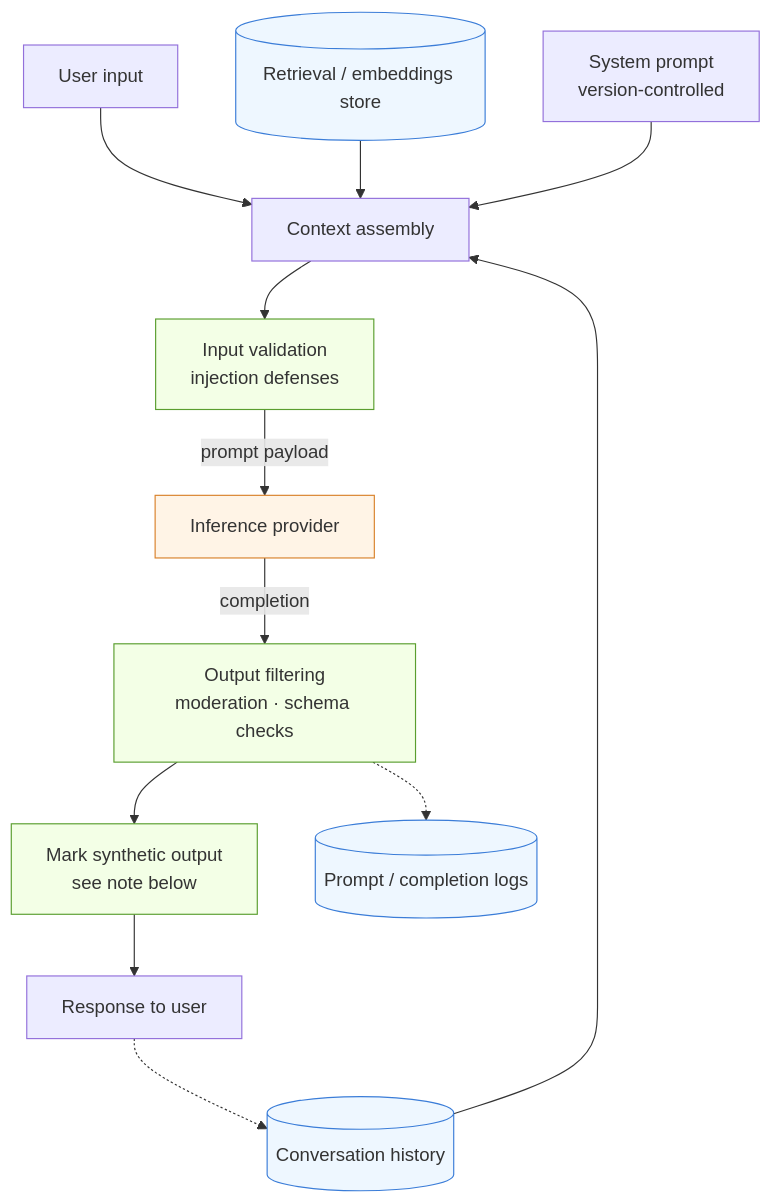
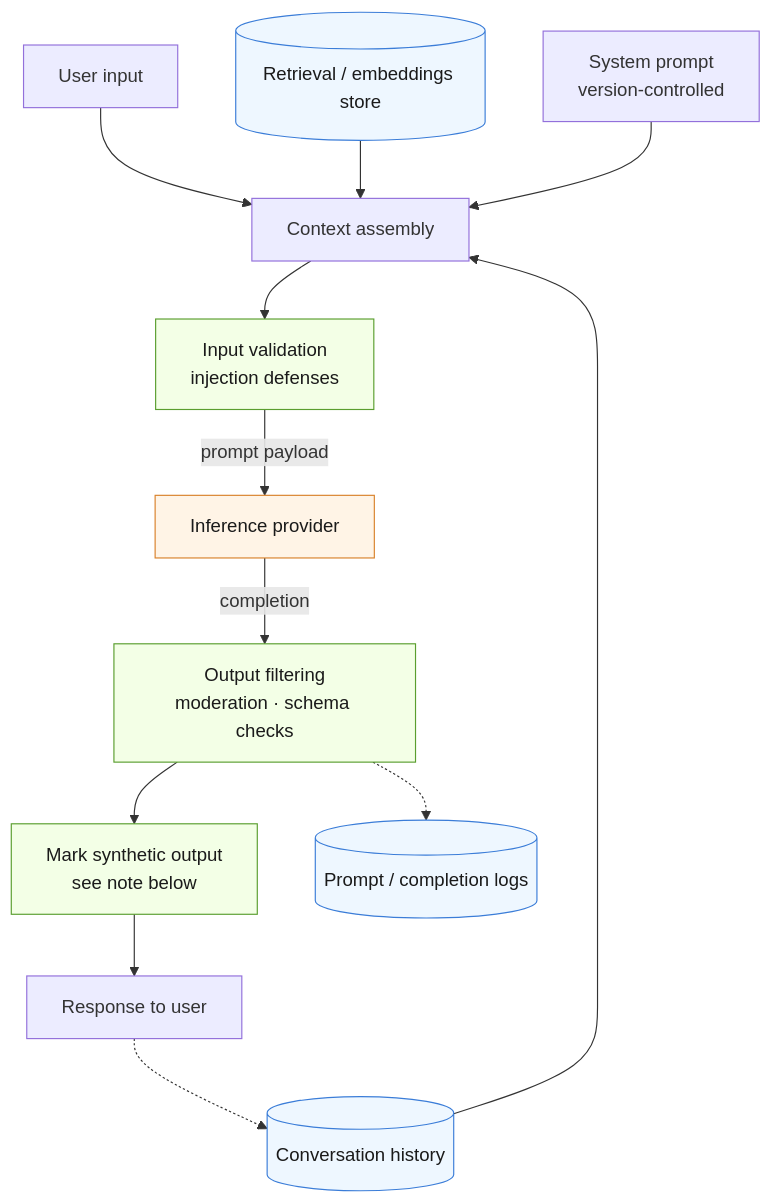
One commit to ann-ette/soc2-starter-kit changed the fourth of 8 diagrams in templates/ARCHITECTURE-MAP.md. Above: the diagram before and after it, drawn with Mermaid. The commit also changed other lines of this file and 14 other files, not shown here.

````diff
--- a/templates/ARCHITECTURE-MAP.md
+++ b/templates/ARCHITECTURE-MAP.md
@@ -178,23 +178,23 @@
 ```mermaid
 flowchart TD
     REQ["User input"] --> ASM["Context assembly"]
     HIST[("Conversation history")] --> ASM
     RET[("Retrieval / embeddings store")] --> ASM
     SYS["System prompt<br/>version-controlled"] --> ASM
 
     ASM --> GUARD1["Input validation<br/>injection defenses"]
     GUARD1 -->|"prompt payload"| INF["Inference provider"]
     INF -->|"completion"| GUARD2["Output filtering<br/>moderation · schema checks"]
     GUARD2 --> MARK["Mark synthetic output<br/>see note below"]
     MARK --> OUT["Response to user"]
 
     GUARD2 -.-> LOG[("Prompt / completion logs")]
     OUT -.-> HIST
 
-    classDef ext fill:#fff4e6,stroke:#d9822b
-    classDef store fill:#eef7ff,stroke:#3b7dd8
-    classDef guard fill:#f3ffe6,stroke:#5a9e2f
+    classDef ext fill:#fff4e6,stroke:#d9822b,color:#1a1a1a
+    classDef store fill:#eef7ff,stroke:#3b7dd8,color:#1a1a1a
+    classDef guard fill:#f3ffe6,stroke:#5a9e2f,color:#1a1a1a
     class INF ext
     class HIST,RET,LOG store
     class GUARD1,GUARD2,MARK guard
 ```
````
